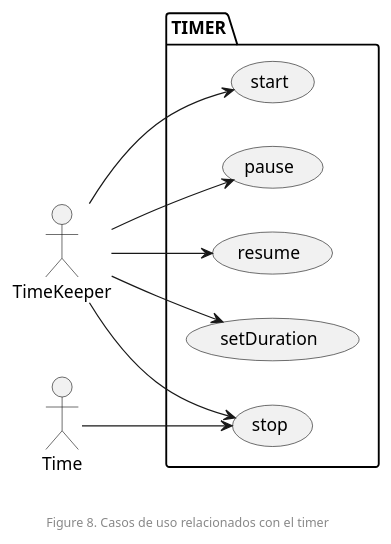
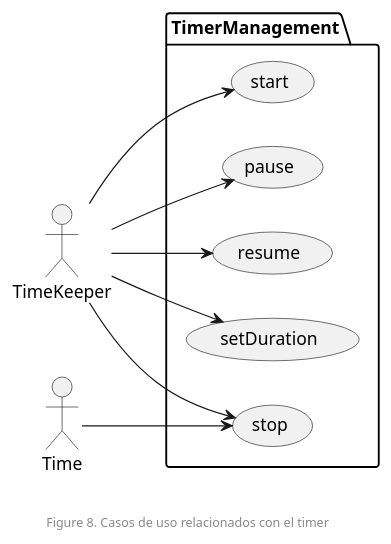
The diagram in documentation/diagrams/usecases/timer.puml (zuldare/mastercloud_pfm_halterocms), drawn with PlantUML before and after one commit. The commit also changed 7 other files, not shown here.

```diff
--- a/documentation/diagrams/usecases/timer.puml
+++ b/documentation/diagrams/usecases/timer.puml
@@ -1,20 +1,20 @@
 @startuml
 left to right direction
 
-package TIMER {
+package TimerManagement {
   usecase start
   usecase pause
   usecase resume
   usecase setDuration
   usecase stop
 }
 
 TimeKeeper --> start
 TimeKeeper --> pause
 TimeKeeper --> resume
 TimeKeeper --> stop
 TimeKeeper --> setDuration
 Time --> stop
 
 footer \n\nFigure 8. Casos de uso relacionados con el timer
 @enduml
```
